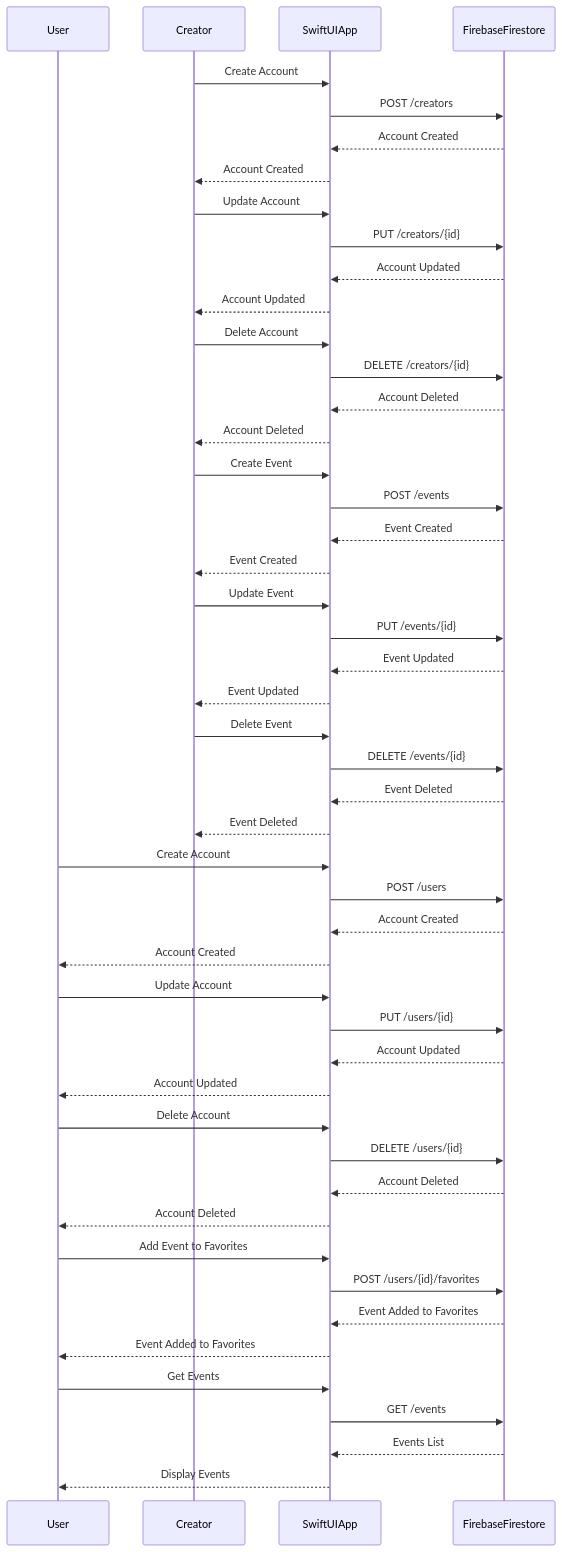
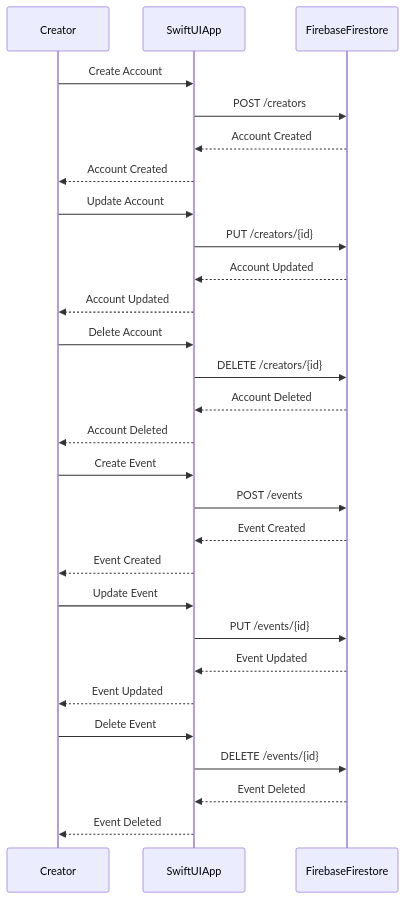
Before and after one commit to vlldnt/Portfolio-IAKOA: the second of 3 diagrams in doc/2-Technical_Documentation.md, drawn with Mermaid.

Commit message:
fix: twe seq diag

````diff
--- a/doc/2-Technical_Documentation.md
+++ b/doc/2-Technical_Documentation.md
@@ -106,65 +106,37 @@
 ```mermaid
 sequenceDiagram
-    participant User
     participant Creator
     participant SwiftUIApp
     participant FirebaseFirestore
 
     %% Creator Operations
     Creator->>SwiftUIApp: Create Account
     SwiftUIApp->>FirebaseFirestore: POST /creators
     FirebaseFirestore-->>SwiftUIApp: Account Created
     SwiftUIApp-->>Creator: Account Created
 
     Creator->>SwiftUIApp: Update Account
     SwiftUIApp->>FirebaseFirestore: PUT /creators/{id}
     FirebaseFirestore-->>SwiftUIApp: Account Updated
     SwiftUIApp-->>Creator: Account Updated
 
     Creator->>SwiftUIApp: Delete Account
     SwiftUIApp->>FirebaseFirestore: DELETE /creators/{id}
     FirebaseFirestore-->>SwiftUIApp: Account Deleted
     SwiftUIApp-->>Creator: Account Deleted
 
     Creator->>SwiftUIApp: Create Event
     SwiftUIApp->>FirebaseFirestore: POST /events
     FirebaseFirestore-->>SwiftUIApp: Event Created
     SwiftUIApp-->>Creator: Event Created
 
     Creator->>SwiftUIApp: Update Event
     SwiftUIApp->>FirebaseFirestore: PUT /events/{id}
     FirebaseFirestore-->>SwiftUIApp: Event Updated
     SwiftUIApp-->>Creator: Event Updated
 
     Creator->>SwiftUIApp: Delete Event
     SwiftUIApp->>FirebaseFirestore: DELETE /events/{id}
     FirebaseFirestore-->>SwiftUIApp: Event Deleted
     SwiftUIApp-->>Creator: Event Deleted
-
-    %% User Operations
-    User->>SwiftUIApp: Create Account
-    SwiftUIApp->>FirebaseFirestore: POST /users
-    FirebaseFirestore-->>SwiftUIApp: Account Created
-    SwiftUIApp-->>User: Account Created
-
-    User->>SwiftUIApp: Update Account
-    SwiftUIApp->>FirebaseFirestore: PUT /users/{id}
-    FirebaseFirestore-->>SwiftUIApp: Account Updated
-    SwiftUIApp-->>User: Account Updated
-
-    User->>SwiftUIApp: Delete Account
-    SwiftUIApp->>FirebaseFirestore: DELETE /users/{id}
-    FirebaseFirestore-->>SwiftUIApp: Account Deleted
-    SwiftUIApp-->>User: Account Deleted
-
-    User->>SwiftUIApp: Add Event to Favorites
-    SwiftUIApp->>FirebaseFirestore: POST /users/{id}/favorites
-    FirebaseFirestore-->>SwiftUIApp: Event Added to Favorites
-    SwiftUIApp-->>User: Event Added to Favorites
-
-    User->>SwiftUIApp: Get Events
-    SwiftUIApp->>FirebaseFirestore: GET /events
-    FirebaseFirestore-->>SwiftUIApp: Events List
-    SwiftUIApp-->>User: Display Events
-
 ```
````
